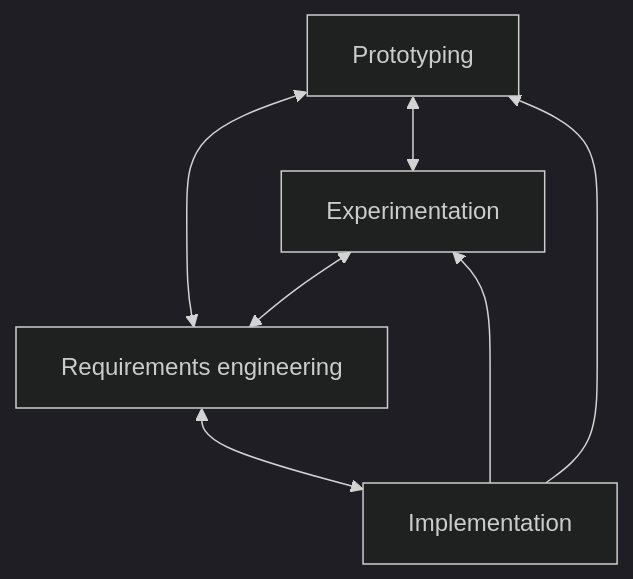
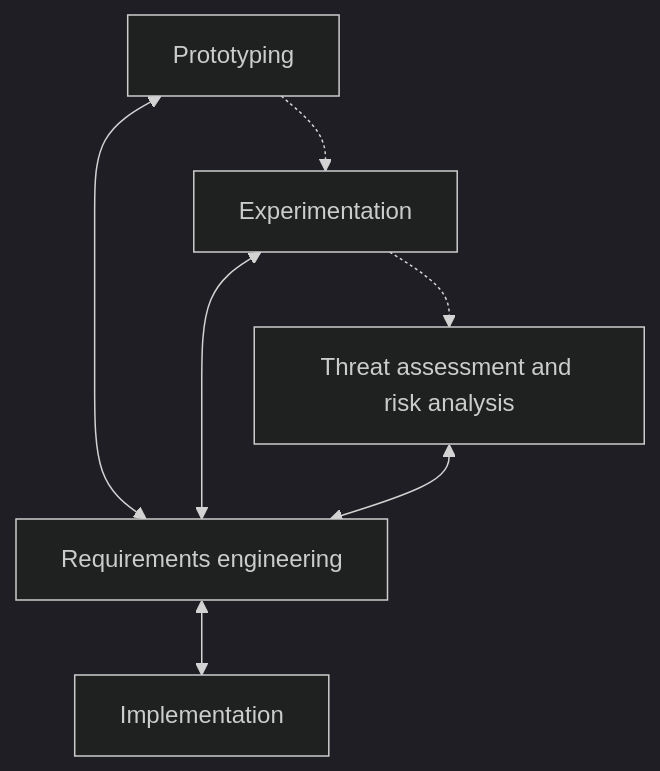
The diagram in docs/whitepaper/images/process.mmd (seffradev/ehd500), drawn with Mermaid (dark theme) before and after one commit. The commit also changed 4 other files, not shown here.

```diff
--- a/docs/whitepaper/images/process.mmd
+++ b/docs/whitepaper/images/process.mmd
@@ -1,13 +1,13 @@
 flowchart TD
   prototype[Prototyping]
   experimentation[Experimentation]
   requirements[Requirements engineering]
+  tara[Threat assessment and risk analysis]
   implementation[Implementation]
   
-  prototype <--> experimentation
   prototype <--> requirements
+  prototype .-> experimentation
   experimentation <--> requirements
+  experimentation .-> tara
+  tara <--> requirements
   requirements <--> implementation
-
-  implementation --> experimentation
-  implementation --> prototype
```
